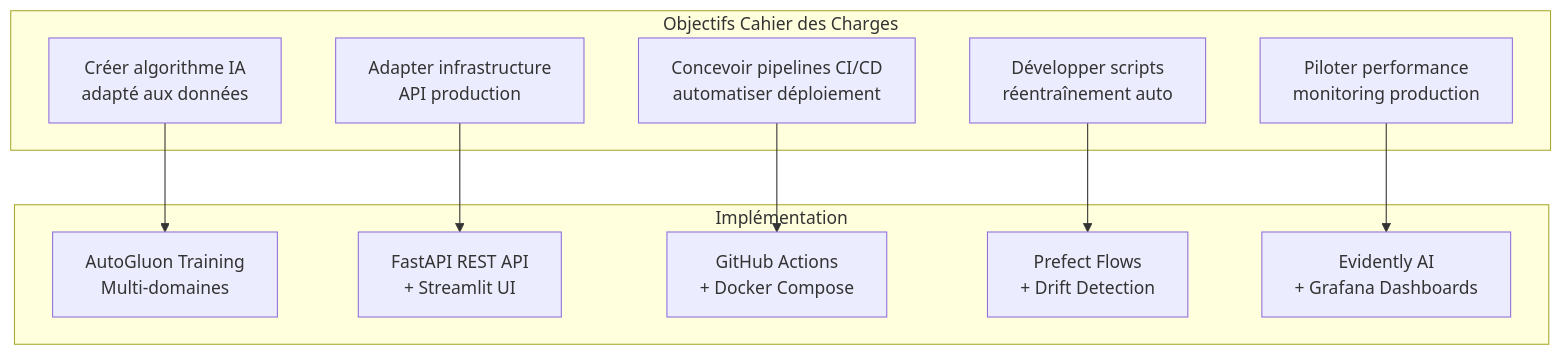
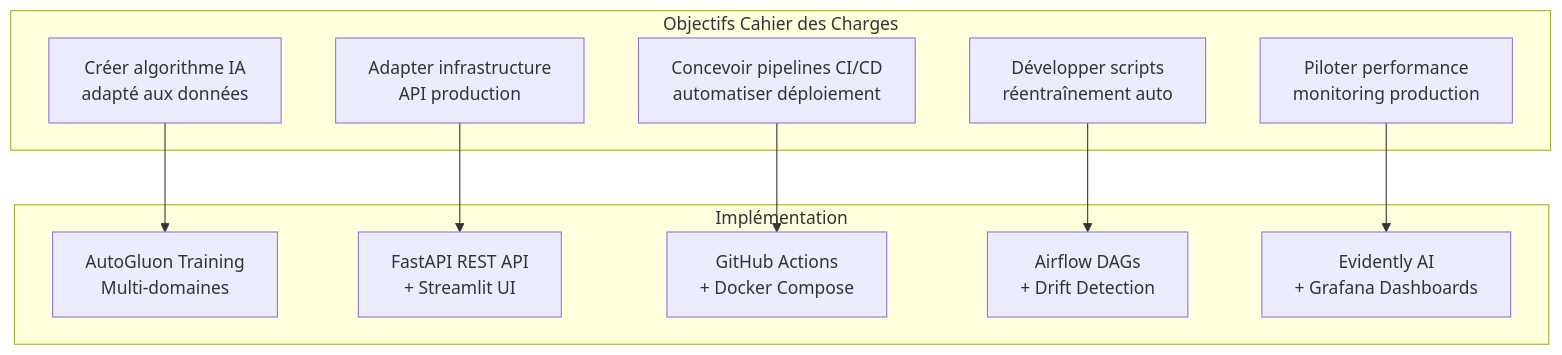
Diagram 19 of 21 in docs/ARCHITECTURE_MLOPS.md (jinsudai/jinsudai), drawn with Mermaid before and after one commit. The commit also changed other lines of this file and 12 other files, not shown here.

````diff
--- a/docs/ARCHITECTURE_MLOPS.md
+++ b/docs/ARCHITECTURE_MLOPS.md
@@ -635,26 +627,26 @@
 ```mermaid
 graph TB
 
     subgraph "Objectifs Cahier des Charges"
         O1[Créer algorithme IA<br/>adapté aux données]
         O2[Adapter infrastructure<br/>API production]
         O3[Concevoir pipelines CI/CD<br/>automatiser déploiement]
         O4[Développer scripts<br/>réentraînement auto]
         O5[Piloter performance<br/>monitoring production]
     end
 
     subgraph "Implémentation"
         I1[AutoGluon Training<br/>Multi-domaines]
         I2[FastAPI REST API<br/>+ Streamlit UI]
         I3[GitHub Actions<br/>+ Docker Compose]
-        I4[Prefect Flows<br/>+ Drift Detection]
+        I4[Airflow DAGs<br/>+ Drift Detection]
         I5[Evidently AI<br/>+ Grafana Dashboards]
     end
 
     O1 --> I1
     O2 --> I2
     O3 --> I3
     O4 --> I4
     O5 --> I5
 
 ```
````
